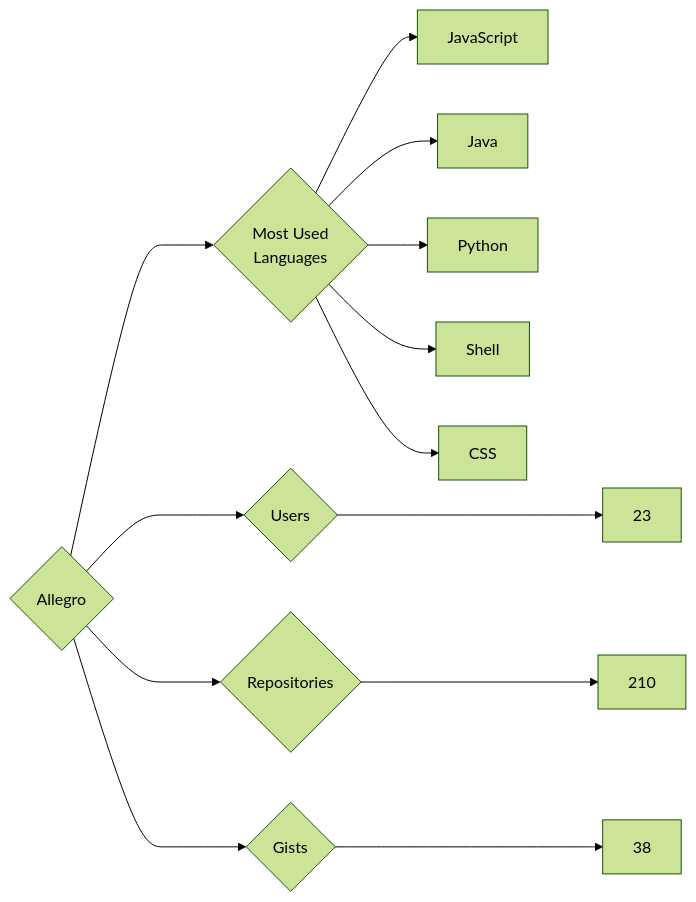
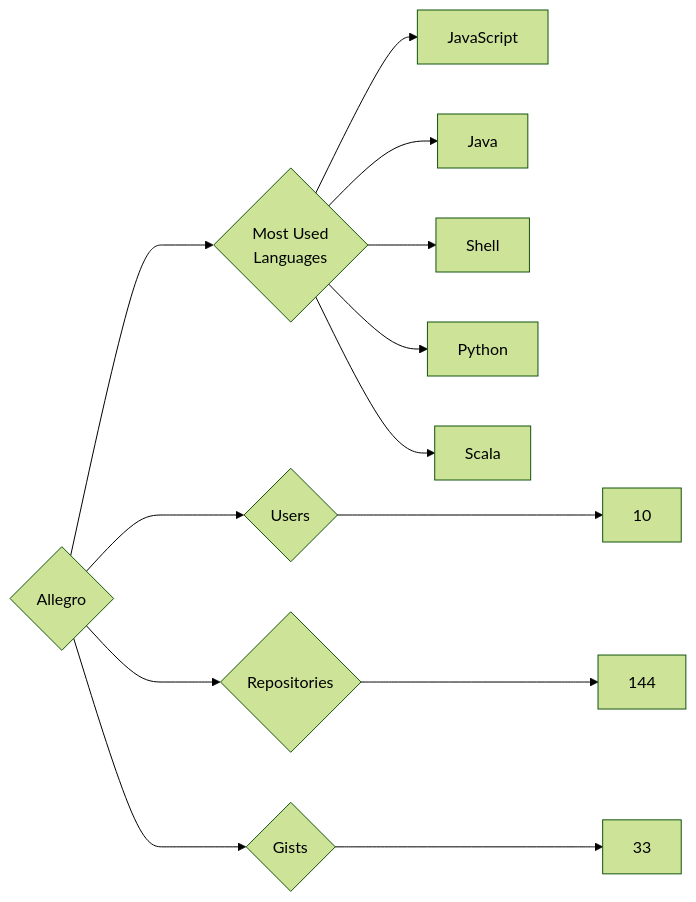
The diagram in targets/Allegro/README.md (trickest/insiders), drawn with Mermaid (forest theme) before and after one commit. The commit also changed 934 other files, not shown here.

````diff
--- a/targets/Allegro/README.md
+++ b/targets/Allegro/README.md
@@ -3,13 +3,13 @@
 ```mermaid
 graph LR
 COMPANY_NAME{Allegro}
-COMPANY_NAME ---> U{Users} ---> UN[23]
-COMPANY_NAME ---> R{Repositories} ---> RN[210]
-COMPANY_NAME ---> G{Gists} ---> GN[38]
+COMPANY_NAME ---> U{Users} ---> UN[10]
+COMPANY_NAME ---> R{Repositories} ---> RN[144]
+COMPANY_NAME ---> G{Gists} ---> GN[33]
 COMPANY_NAME ---> ML{Most Used<br>Languages}
 ML --> JavaScript[JavaScript]
 ML --> Java[Java]
+ML --> Shell[Shell]
 ML --> Python[Python]
-ML --> Shell[Shell]
-ML --> CSS[CSS]
+ML --> Scala[Scala]
 ```
````
